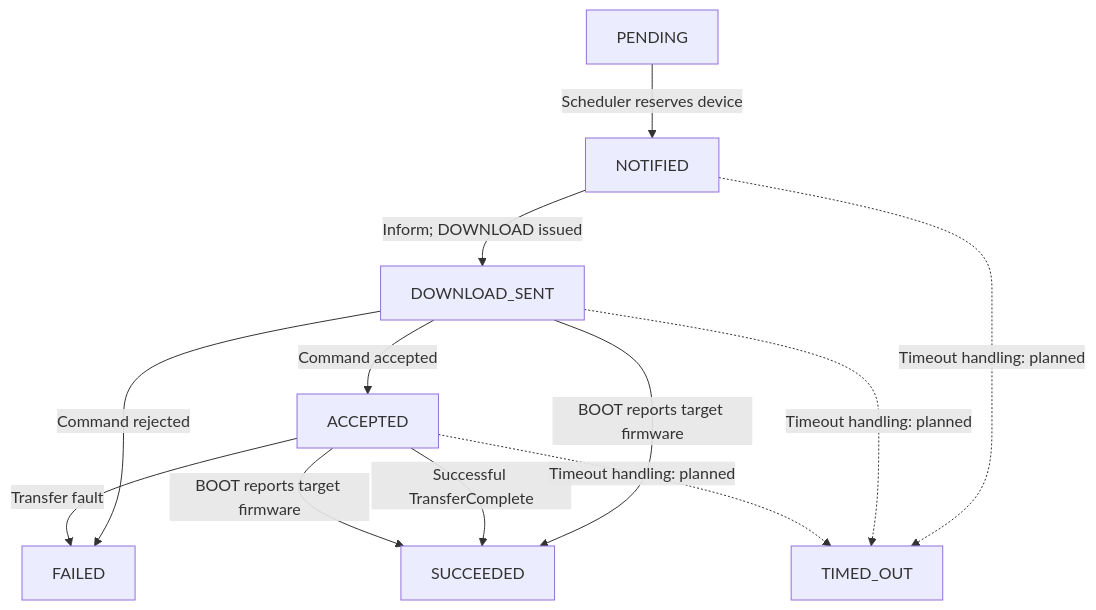
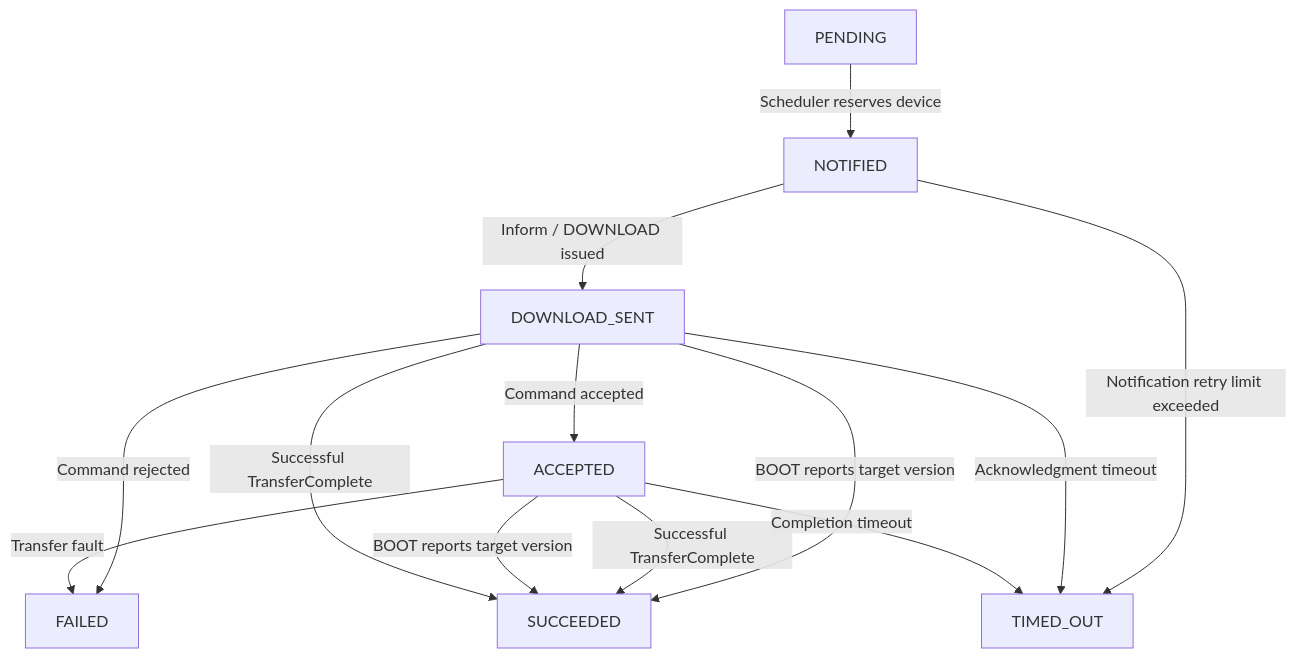
One commit to suneelagrawal/device-simulator changed the third of 3 diagrams in README.md. Above: the diagram before and after it, drawn with Mermaid. The commit also changed other lines of this file, not shown here.

````diff
--- a/README.md
+++ b/README.md
@@ -102,14 +133,26 @@
 ```mermaid
 flowchart TD
-    P[PENDING] -->|Scheduler reserves device| N[NOTIFIED]
-    N -->|Inform; DOWNLOAD issued| D[DOWNLOAD_SENT]
-    D -->|Command accepted| A[ACCEPTED]
-    D -->|Command rejected| F[FAILED]
-    A -->|Transfer fault| F
-    D -->|BOOT reports target firmware| S[SUCCEEDED]
-    A -->|Successful TransferComplete| S
-    A -->|BOOT reports target firmware| S
-    N -.->|Timeout handling: planned| T[TIMED_OUT]
-    D -.->|Timeout handling: planned| T
-    A -.->|Timeout handling: planned| T
+    P["PENDING"]
+    N["NOTIFIED"]
+    D["DOWNLOAD_SENT"]
+    A["ACCEPTED"]
+    S["SUCCEEDED"]
+    F["FAILED"]
+    T["TIMED_OUT"]
+
+    P -->|"Scheduler reserves device"| N
+    N -->|"Inform / DOWNLOAD issued"| D
+    D -->|"Command accepted"| A
+
+    D -->|"Command rejected"| F
+    A -->|"Transfer fault"| F
+
+    D -->|"BOOT reports target version"| S
+    A -->|"Successful TransferComplete"| S
+    A -->|"BOOT reports target version"| S
+    D -->|"Successful TransferComplete"| S
+
+    N -->|"Notification retry limit exceeded"| T
+    D -->|"Acknowledgment timeout"| T
+    A -->|"Completion timeout"| T
 ```
````
